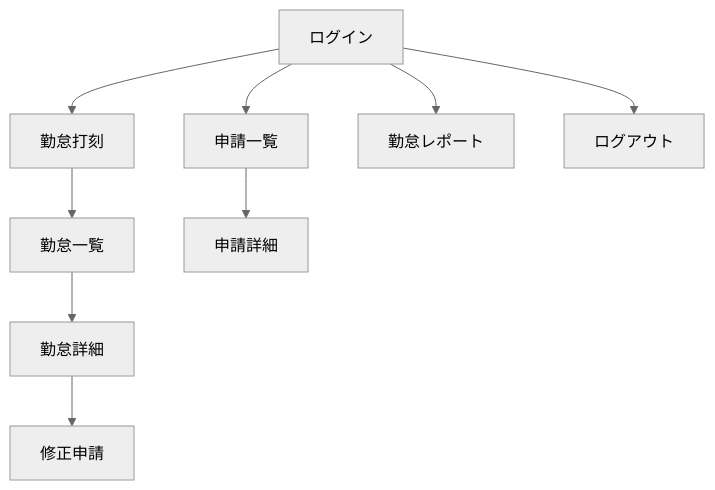
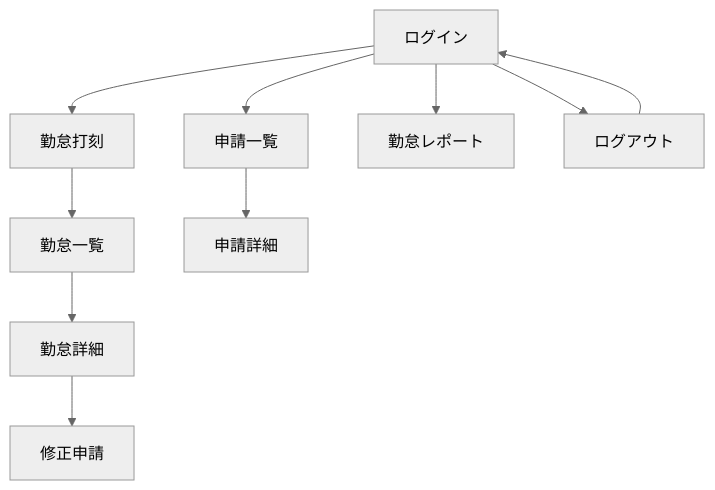
The first of 2 diagrams in docs/screen-transition.md (aridome-sashizume/attendance-app), drawn with Mermaid (neutral theme) before and after one commit. The commit also changed other lines of this file, not shown here.

````diff
--- a/docs/screen-transition.md
+++ b/docs/screen-transition.md
@@ -5,17 +5,18 @@
 ```mermaid
 flowchart TD
 
 A[ログイン]
 --> B[勤怠打刻]
 
 B --> C[勤怠一覧]
 C --> D[勤怠詳細]
 D --> E[修正申請]
 
 A --> F[申請一覧]
 F --> G[申請詳細]
 
 A --> H[勤怠レポート]
 
 A --> I[ログアウト]
+I --> A
 ```
````
